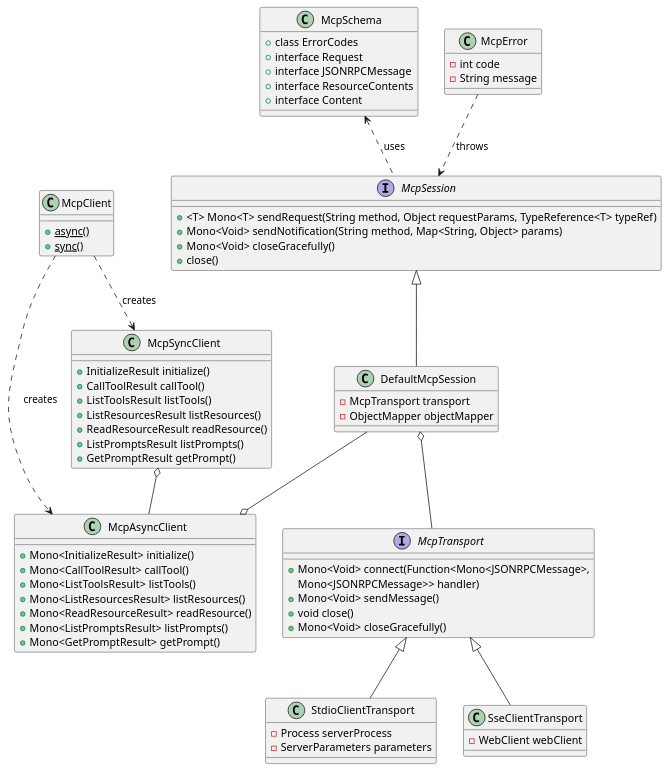
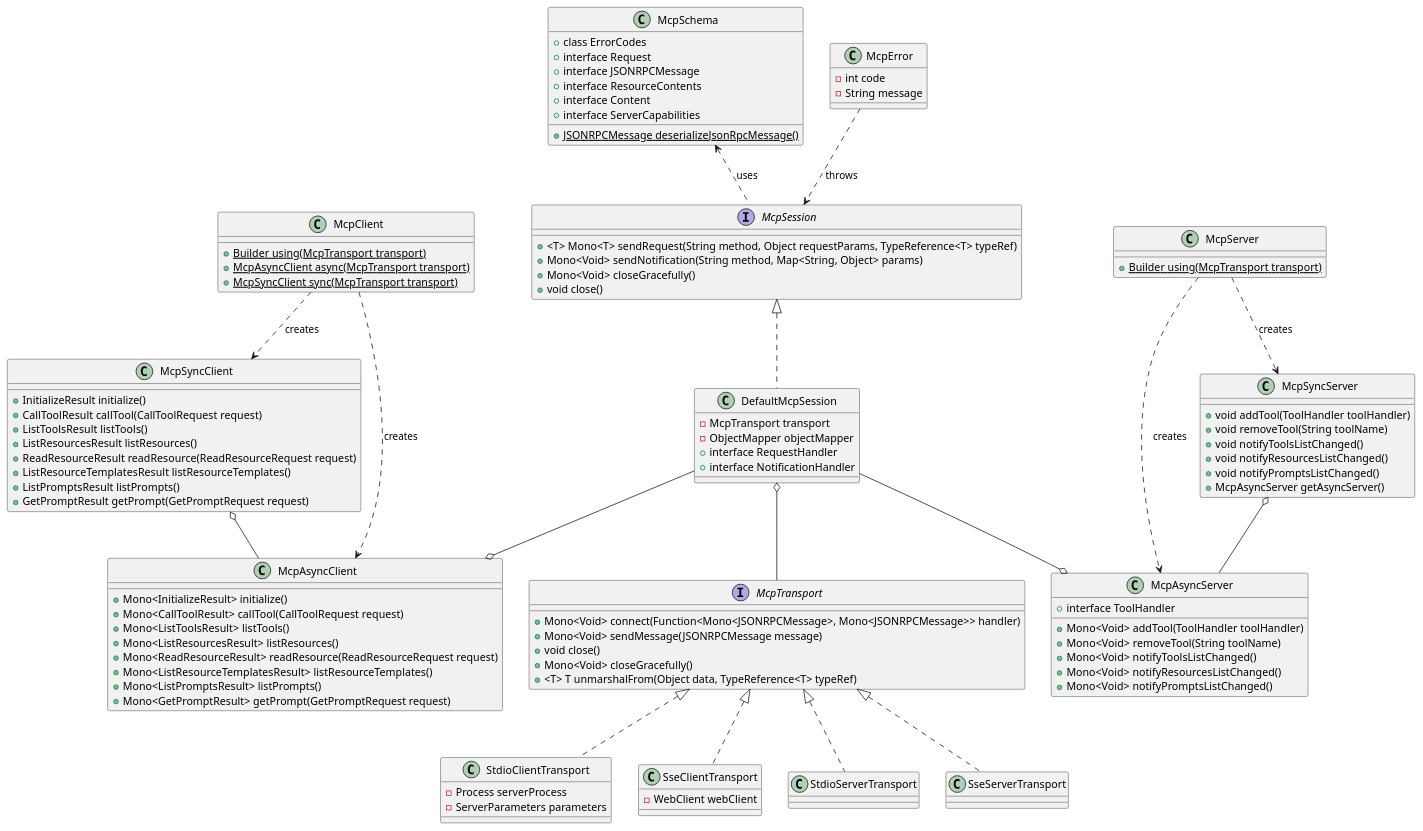
Before and after one commit to ziscloud/java-sdk: the first of 2 diagrams in docs/class-diagrams.puml, drawn with PlantUML. The commit also changed other lines of this file and 56 other files, not shown here.

```diff
--- a/docs/class-diagrams.puml
+++ b/docs/class-diagrams.puml
@@ -1,81 +1,133 @@
 @startuml Core Components
 
+' Core Interfaces
 interface McpTransport {
-  +Mono<Void> connect(Function<Mono<JSONRPCMessage>, 
-                       Mono<JSONRPCMessage>> handler)
-  +Mono<Void> sendMessage()
+  +Mono<Void> connect(Function<Mono<JSONRPCMessage>, Mono<JSONRPCMessage>> handler)
+  +Mono<Void> sendMessage(JSONRPCMessage message)
   +void close()
   +Mono<Void> closeGracefully()
+  +<T> T unmarshalFrom(Object data, TypeReference<T> typeRef)
 }
 
 interface McpSession {
   +<T> Mono<T> sendRequest(String method, Object requestParams, TypeReference<T> typeRef)
   +Mono<Void> sendNotification(String method, Map<String, Object> params)
   +Mono<Void> closeGracefully()
-  +close()
+  +void close()
 }
 
+' Core Implementation Classes
 class DefaultMcpSession {
   -McpTransport transport
   -ObjectMapper objectMapper
+  +interface RequestHandler
+  +interface NotificationHandler
 }
 
+' Client Classes
 class McpClient {
-  +{static} async()
-  +{static} sync()
+  +{static} Builder using(McpTransport transport)
+  +{static} McpAsyncClient async(McpTransport transport)
+  +{static} McpSyncClient sync(McpTransport transport)
 }
 
 class McpAsyncClient {
   +Mono<InitializeResult> initialize()
-  +Mono<CallToolResult> callTool()
+  +Mono<CallToolResult> callTool(CallToolRequest request)
   +Mono<ListToolsResult> listTools()
   +Mono<ListResourcesResult> listResources()
-  +Mono<ReadResourceResult> readResource()
+  +Mono<ReadResourceResult> readResource(ReadResourceRequest request)
+  +Mono<ListResourceTemplatesResult> listResourceTemplates()
   +Mono<ListPromptsResult> listPrompts()
-  +Mono<GetPromptResult> getPrompt()
+  +Mono<GetPromptResult> getPrompt(GetPromptRequest request)
 }
 
 class McpSyncClient {
   +InitializeResult initialize()
-  +CallToolResult callTool()
+  +CallToolResult callTool(CallToolRequest request)
   +ListToolsResult listTools()
   +ListResourcesResult listResources()
-  +ReadResourceResult readResource()
+  +ReadResourceResult readResource(ReadResourceRequest request)
+  +ListResourceTemplatesResult listResourceTemplates()
   +ListPromptsResult listPrompts()
-  +GetPromptResult getPrompt()
+  +GetPromptResult getPrompt(GetPromptRequest request)
 }
 
+' Server Classes
+class McpServer {
+  +{static} Builder using(McpTransport transport)
+}
+
+class McpAsyncServer {
+  +Mono<Void> addTool(ToolHandler toolHandler)
+  +Mono<Void> removeTool(String toolName)
+  +Mono<Void> notifyToolsListChanged()
+  +Mono<Void> notifyResourcesListChanged()
+  +Mono<Void> notifyPromptsListChanged()
+  +interface ToolHandler
+}
+
+class McpSyncServer {
+  +void addTool(ToolHandler toolHandler)
+  +void removeTool(String toolName)
+  +void notifyToolsListChanged()
+  +void notifyResourcesListChanged()
+  +void notifyPromptsListChanged()
+  +McpAsyncServer getAsyncServer()
+}
+
+' Transport Implementations
 class StdioClientTransport {
   -Process serverProcess
   -ServerParameters parameters
 }
 
 class SseClientTransport {
   -WebClient webClient
 }
 
+class StdioServerTransport {
+}
+
+class SseServerTransport {
+}
+
+' Schema and Error Classes
 class McpSchema {
   +class ErrorCodes
   +interface Request
   +interface JSONRPCMessage
   +interface ResourceContents
   +interface Content
+  +interface ServerCapabilities
+  +{static} JSONRPCMessage deserializeJsonRpcMessage()
 }
 
 class McpError {
   -int code
   -String message
 }
 
-McpTransport <|-- StdioClientTransport
-McpTransport <|-- SseClientTransport
-McpSession <|-- DefaultMcpSession
+' Relationships
+McpTransport <|.. StdioClientTransport
+McpTransport <|.. SseClientTransport
+McpTransport <|.. StdioServerTransport
+McpTransport <|.. SseServerTransport
+
+McpSession <|.. DefaultMcpSession
 DefaultMcpSession --o McpAsyncClient
+DefaultMcpSession --o McpAsyncServer
+
 McpClient ..> McpAsyncClient : creates
 McpClient ..> McpSyncClient : creates
 McpSyncClient o-- McpAsyncClient
+
+McpServer ..> McpAsyncServer : creates
+McpServer ..> McpSyncServer : creates
+McpSyncServer o-- McpAsyncServer
+
 DefaultMcpSession o-- McpTransport
 McpSchema <.. McpSession : uses
 McpError ..> McpSession : throws
 
 @enduml
```
